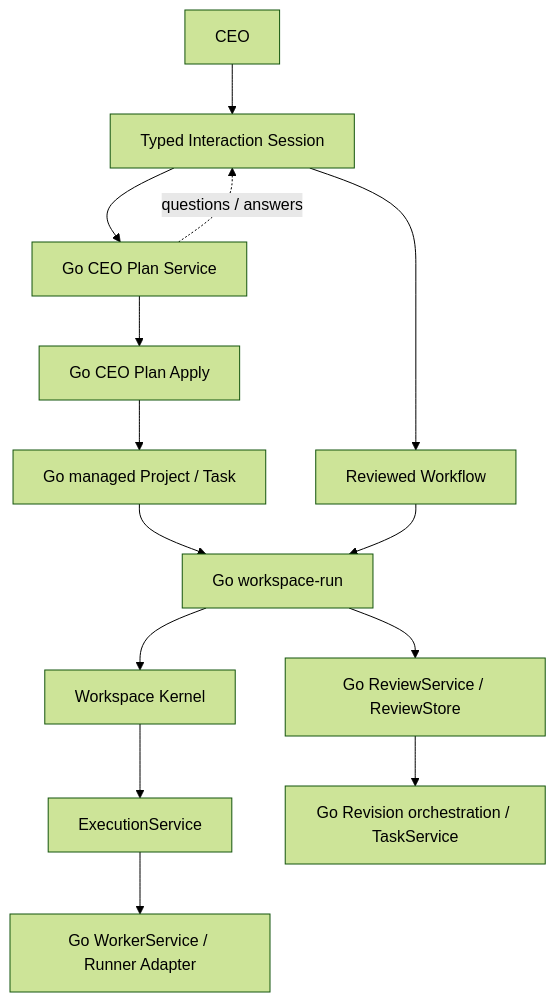
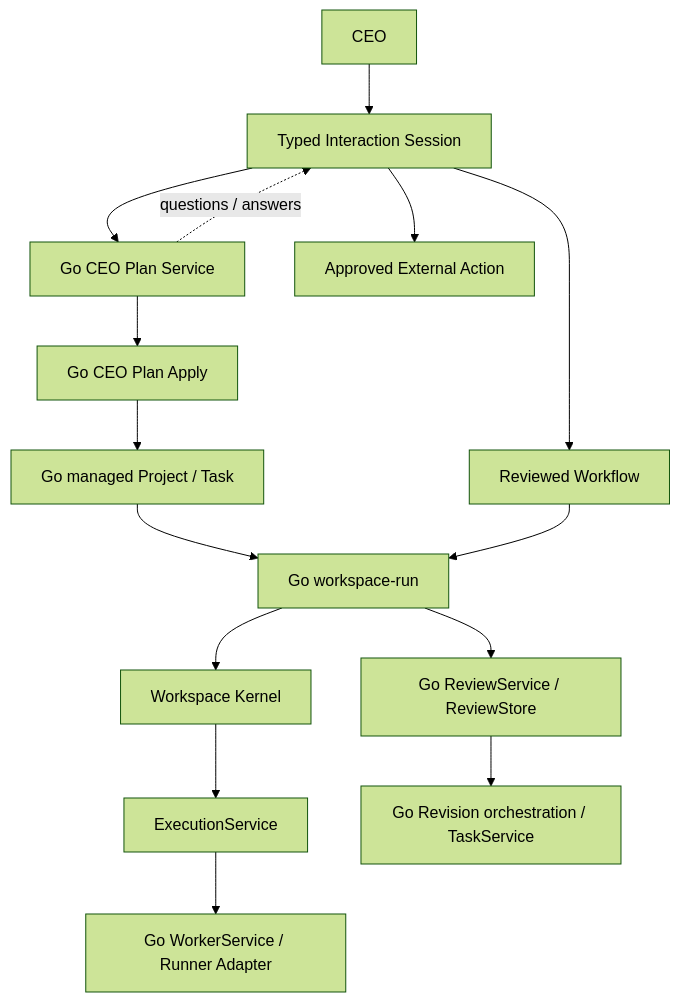
One commit to AkiraShimizu0/WorkCairn changed the diagram in README.md. Above: the diagram before and after it, drawn with Mermaid (forest theme). The commit also changed other lines of this file and 23 other files, not shown here.

Commit message:
feat: add interaction external action handoff

````diff
--- a/README.md
+++ b/README.md
@@ -27,16 +27,17 @@
 ```mermaid
 flowchart TD
     CEO["CEO"] --> Interaction["Typed Interaction Session"]
     Interaction --> CEOPlan["Go CEO Plan Service"]
     CEOPlan -. questions / answers .-> Interaction
     CEOPlan --> CEOApply["Go CEO Plan Apply"]
     CEOApply --> Workflow["Go managed Project / Task"]
     Workflow --> Run["Go workspace-run"]
     Interaction --> ReviewedWorkflow["Reviewed Workflow"]
     ReviewedWorkflow --> Run
+    Interaction --> Action["Approved External Action"]
     Run --> Kernel["Workspace Kernel"]
     Kernel --> Execution["ExecutionService"]
     Execution --> Worker["Go WorkerService / Runner Adapter"]
     Run --> Review["Go ReviewService / ReviewStore"]
     Review --> Revision["Go Revision orchestration / TaskService"]
 ```
````
